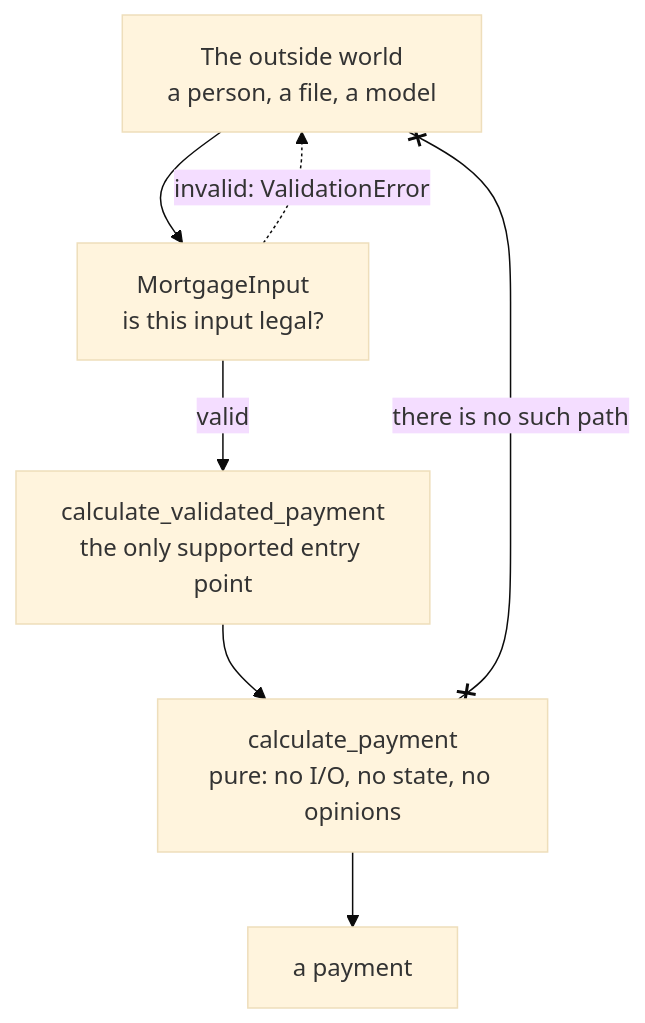
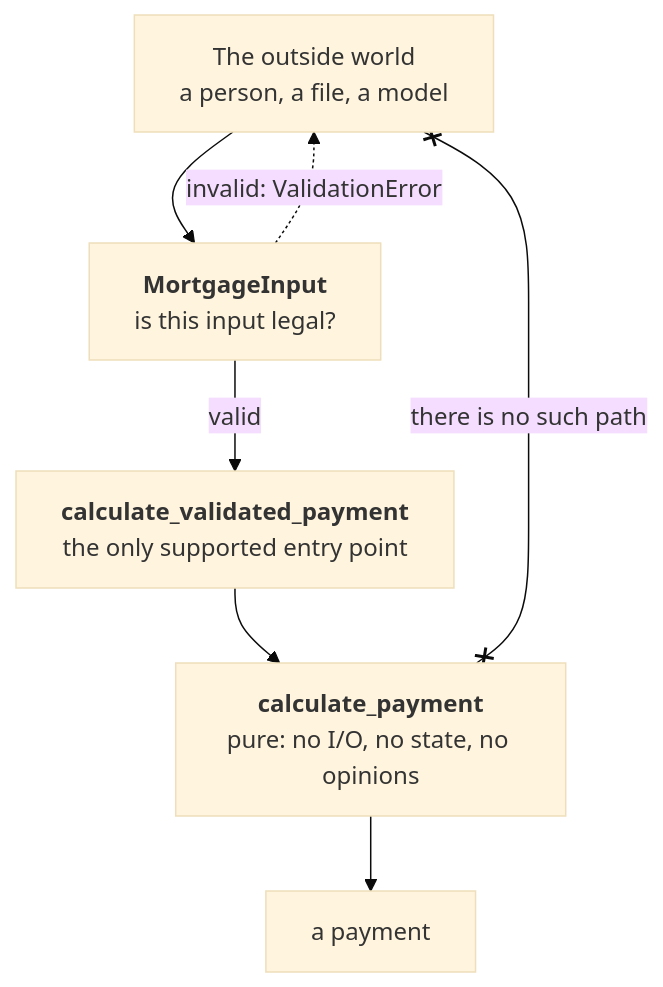
Before and after one commit to rioffe/intro_to_ai_software_engineering: the second of 2 diagrams in manuscript/08-validation.md, drawn with Mermaid (base theme). The commit also changed other lines of this file and 17 other files, not shown here.

First line of the commit message:
Diagram readability pass, and keep diagrams with their intro sentence

````diff
--- a/manuscript/08-validation.md
+++ b/manuscript/08-validation.md
@@ -323,16 +328,16 @@
 ```mermaid
 flowchart TD
     OUTSIDE["The outside world<br/>a person, a file, a model"]
-    VAL["MortgageInput<br/>is this input legal?"]
-    ENTRY["calculate_validated_payment<br/>the only supported entry point"]
-    CORE["calculate_payment<br/>pure: no I/O, no state, no opinions"]
+    VAL["<b>MortgageInput</b><br/>is this input legal?"]
+    ENTRY["<b>calculate_validated_payment</b><br/>the only supported entry point"]
+    CORE["<b>calculate_payment</b><br/>pure: no I/O, no state, no opinions"]
     RESULT["a payment"]
 
     OUTSIDE --> VAL
     VAL -.->|"invalid: ValidationError"| OUTSIDE
     VAL -->|"valid"| ENTRY
     ENTRY --> CORE
     CORE --> RESULT
 
     OUTSIDE x--x|"there is no such path"| CORE
 ```
````
